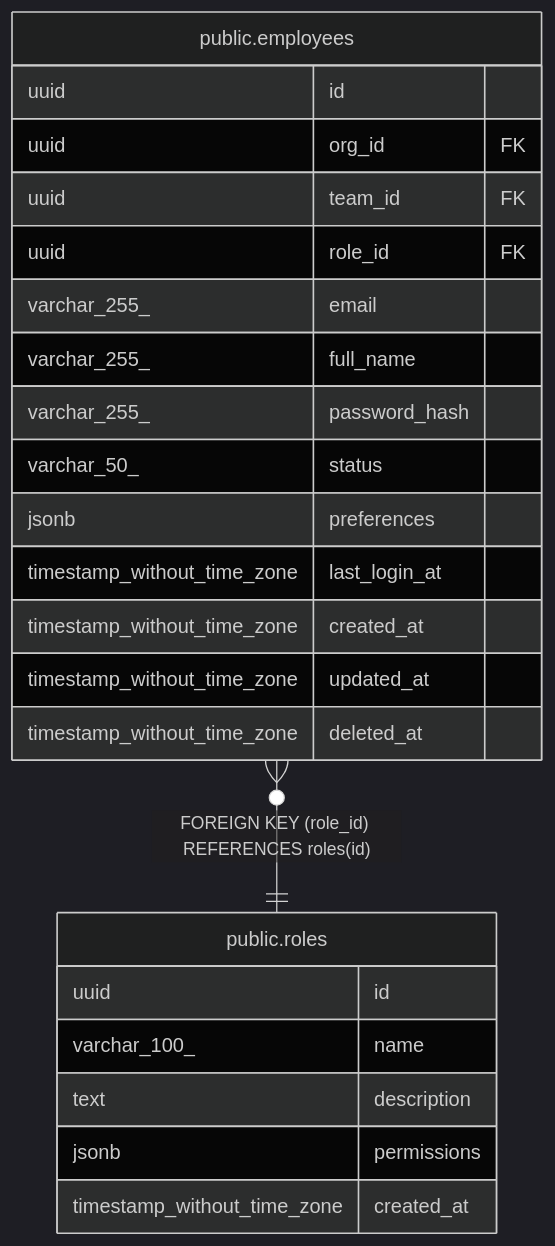
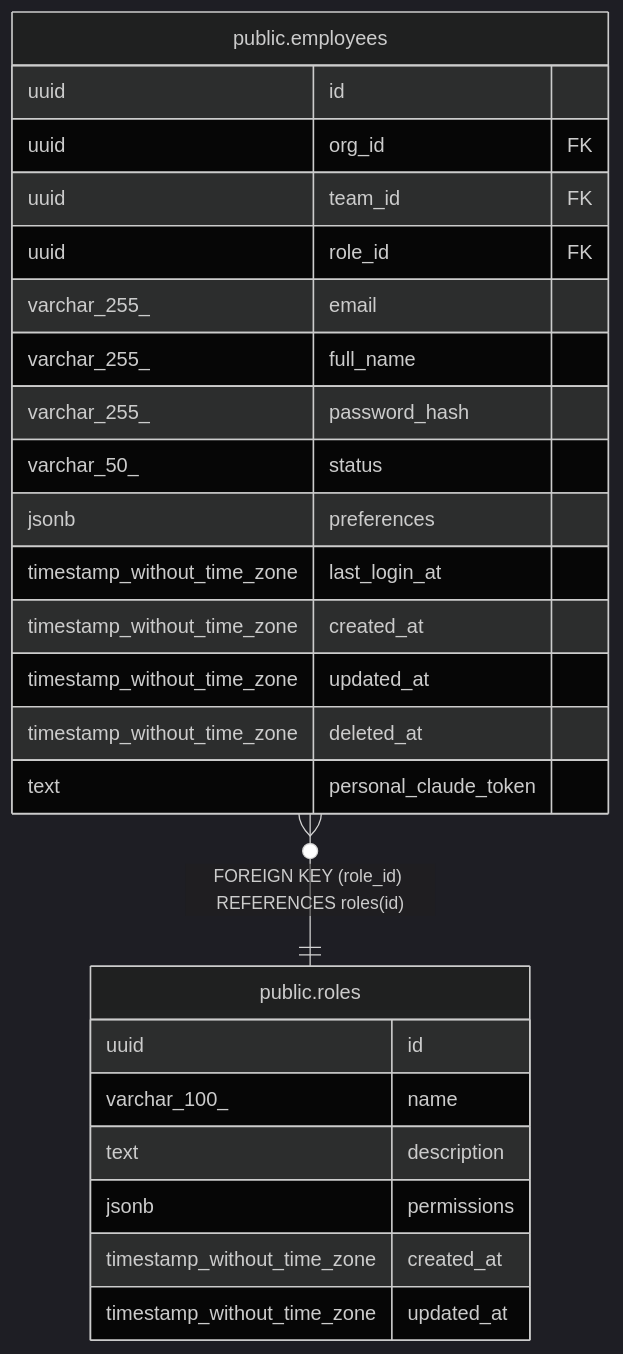
One commit to rastrigin-systems/arfa changed the diagram in docs/public.roles.md. Above: the diagram before and after it, drawn with Mermaid (dark theme). The commit also changed other lines of this file and 50 other files, not shown here.

````diff
--- a/docs/public.roles.md
+++ b/docs/public.roles.md
@@ -31,28 +38,30 @@
 ```mermaid
 erDiagram
 
 "public.employees" }o--|| "public.roles" : "FOREIGN KEY (role_id) REFERENCES roles(id)"
 
 "public.roles" {
   uuid id
   varchar_100_ name
   text description
   jsonb permissions
   timestamp_without_time_zone created_at
+  timestamp_without_time_zone updated_at
 }
 "public.employees" {
   uuid id
   uuid org_id FK
   uuid team_id FK
   uuid role_id FK
   varchar_255_ email
   varchar_255_ full_name
   varchar_255_ password_hash
   varchar_50_ status
   jsonb preferences
   timestamp_without_time_zone last_login_at
   timestamp_without_time_zone created_at
   timestamp_without_time_zone updated_at
   timestamp_without_time_zone deleted_at
+  text personal_claude_token
 }
 ```
````
